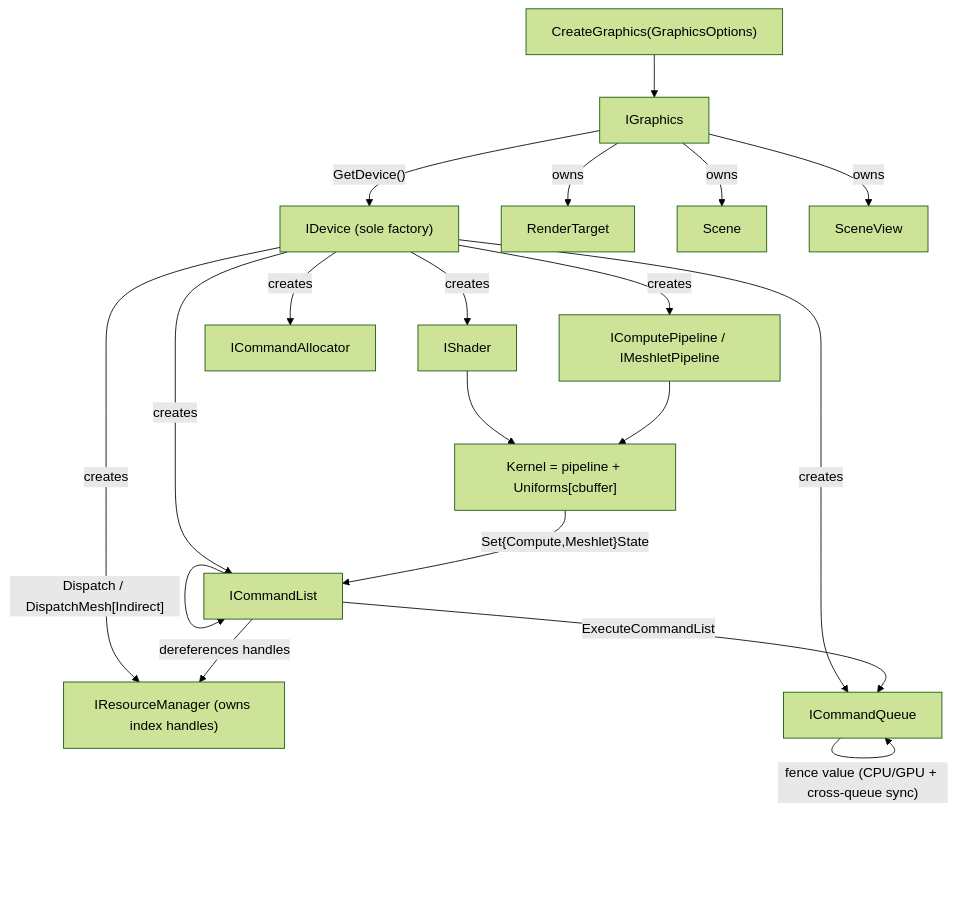
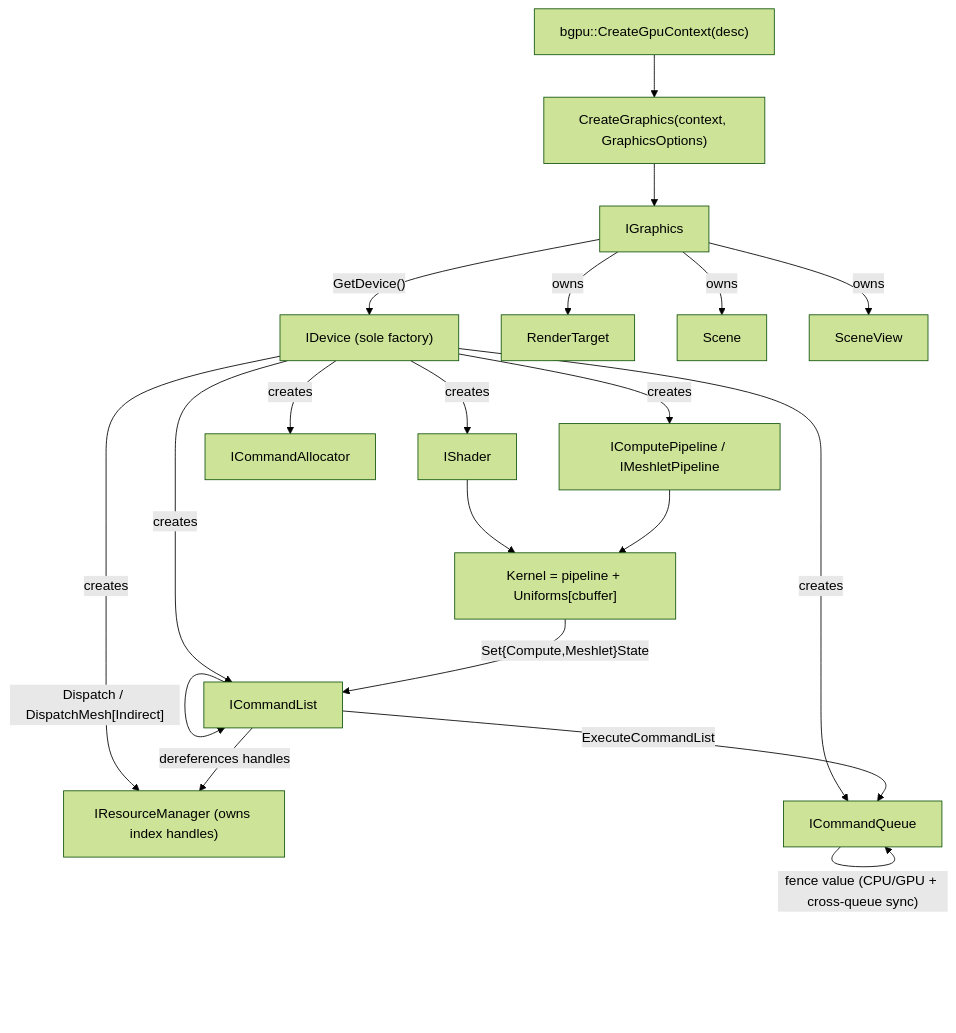
Before and after one commit to alexjiang200407/bernini: the diagram in docs/rhi.md, drawn with Mermaid (forest theme). The commit also changed other lines of this file and 197 other files, not shown here.

First line of the commit message:
feat(bgpu): the GPU device and its Slang sessions, owned by the application (#926)

````diff
--- a/docs/rhi.md
+++ b/docs/rhi.md
@@ -237,25 +237,26 @@
 ```mermaid
 flowchart TD
-    CG["CreateGraphics(GraphicsOptions)"] --> IG[IGraphics]
+    DC["bgpu::CreateGpuContext(desc)"] --> CG["CreateGraphics(context, GraphicsOptions)"]
+    CG --> IG[IGraphics]
     IG -- "GetDevice()" --> DEV["IDevice (sole factory)"]
 
     IG -- owns --> RT[RenderTarget]
     IG -- owns --> SC[Scene]
     IG -- owns --> SV[SceneView]
 
     DEV -- creates --> SH[IShader]
     DEV -- creates --> PIPE["IComputePipeline / IMeshletPipeline"]
     DEV -- creates --> CQ[ICommandQueue]
     DEV -- creates --> CL[ICommandList]
     DEV -- creates --> CA[ICommandAllocator]
     DEV -- creates --> RM["IResourceManager (owns index handles)"]
 
     SH --> KERNEL["Kernel = pipeline + Uniforms[cbuffer]"]
     PIPE --> KERNEL
 
     KERNEL -- "Set{Compute,Meshlet}State" --> CL
     CL -- "Dispatch / DispatchMesh[Indirect]" --> CL
     CL -- ExecuteCommandList --> CQ
     CQ -- "fence value (CPU/GPU + cross-queue sync)" --> CQ
     CL -- "dereferences handles" --> RM
 ```
````
